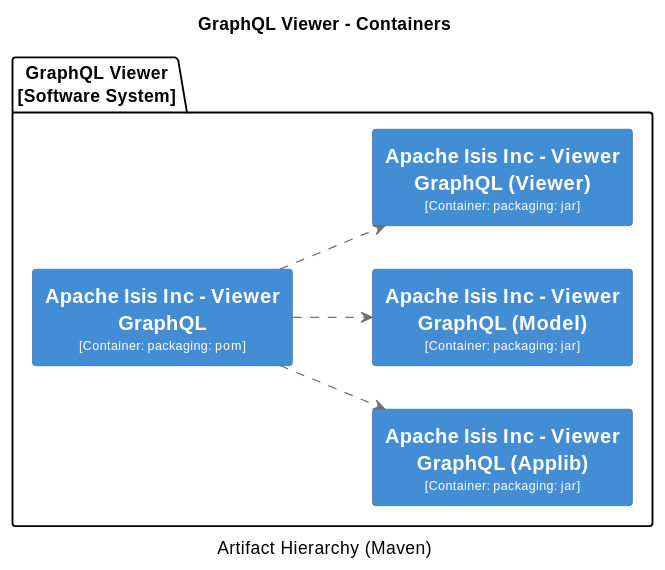
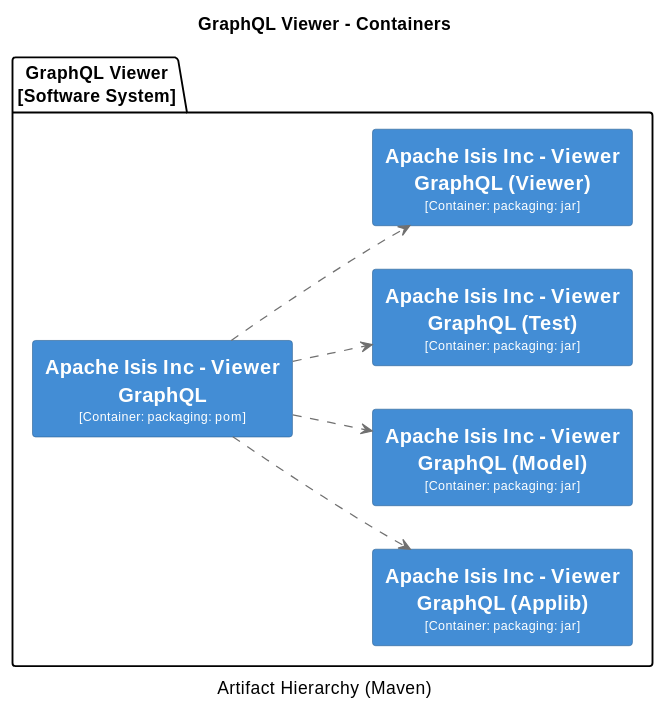
Before and after one commit to apache/causeway: diagram 29 of 32 in core/adoc/modules/_overview/pages/about.adoc, drawn with PlantUML. The commit also changed other lines of this file and 9 other files, not shown here.

```diff
--- a/core/adoc/modules/_overview/pages/about.adoc
+++ b/core/adoc/modules/_overview/pages/about.adoc
@@ -6591,46 +6650,53 @@
 [plantuml,GraphQL Viewer,svg]
 ----
 @startuml(id=GraphQL_Viewer)
 title GraphQL Viewer - Containers
 caption Artifact Hierarchy (Maven)
 
 skinparam {
   shadowing false
   arrowFontSize 10
   defaultTextAlignment center
   wrapWidth 200
   maxMessageSize 100
 }
 hide stereotype
 left to right direction
 skinparam rectangle<<2>> {
   BackgroundColor #438dd5
   FontColor #fffffe
   BorderColor #2E6295
 }
 skinparam rectangle<<3>> {
   BackgroundColor #438dd5
   FontColor #fffffe
   BorderColor #2E6295
 }
 skinparam rectangle<<4>> {
   BackgroundColor #438dd5
   FontColor #fffffe
   BorderColor #2E6295
 }
 skinparam rectangle<<5>> {
   BackgroundColor #438dd5
   FontColor #fffffe
   BorderColor #2E6295
 }
+skinparam rectangle<<6>> {
+  BackgroundColor #438dd5
+  FontColor #fffffe
+  BorderColor #2E6295
+}
 package "GraphQL Viewer\n[Software System]" {
   rectangle "==Apache Isis Inc - Viewer GraphQL\n<size:10>[Container: packaging: pom]</size>" <<2>> as 2
   rectangle "==Apache Isis Inc - Viewer GraphQL (Applib)\n<size:10>[Container: packaging: jar]</size>" <<3>> as 3
   rectangle "==Apache Isis Inc - Viewer GraphQL (Model)\n<size:10>[Container: packaging: jar]</size>" <<4>> as 4
-  rectangle "==Apache Isis Inc - Viewer GraphQL (Viewer)\n<size:10>[Container: packaging: jar]</size>" <<5>> as 5
+  rectangle "==Apache Isis Inc - Viewer GraphQL (Test)\n<size:10>[Container: packaging: jar]</size>" <<5>> as 5
+  rectangle "==Apache Isis Inc - Viewer GraphQL (Viewer)\n<size:10>[Container: packaging: jar]</size>" <<6>> as 6
 }
 2 .[#707070].> 3 : ""
 2 .[#707070].> 4 : ""
 2 .[#707070].> 5 : ""
+2 .[#707070].> 6 : ""
 @enduml
 ----
```
